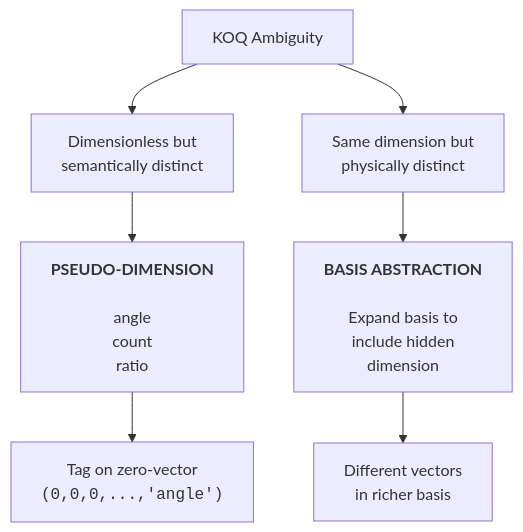
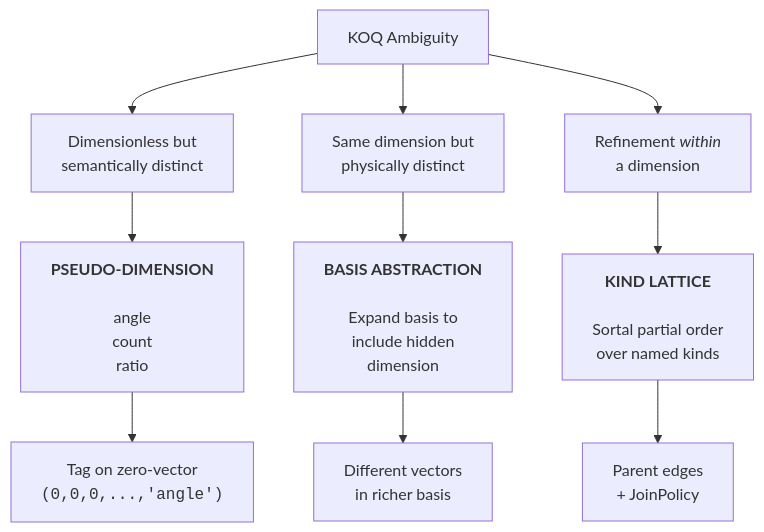
The second of 2 diagrams in docs/architecture/kind-of-quantity.md (withtwoemms/ucon), drawn with Mermaid before and after one commit. The commit also changed other lines of this file and 40 other files, not shown here.

Commit message:
introduces the Kind lattice (#250)

````diff
--- a/docs/architecture/kind-of-quantity.md
+++ b/docs/architecture/kind-of-quantity.md
@@ -317,13 +457,16 @@
 ```mermaid
 flowchart TB
     KOQ["KOQ Ambiguity"]
 
     KOQ --> dimensionless["Dimensionless but<br/>semantically distinct"]
     KOQ --> same_dim["Same dimension but<br/>physically distinct"]
+    KOQ --> refinement["Refinement <i>within</i><br/>a dimension"]
 
     dimensionless --> pseudo["<b>PSEUDO-DIMENSION</b><br/><br/>angle<br/>count<br/>ratio"]
     same_dim --> basis["<b>BASIS ABSTRACTION</b><br/><br/>Expand basis to<br/>include hidden<br/>dimension"]
+    refinement --> kind["<b>KIND LATTICE</b><br/><br/>Sortal partial order<br/>over named kinds"]
 
     pseudo --> tag["Tag on zero-vector<br/><code>(0,0,0,...,'angle')</code>"]
     basis --> vectors["Different vectors<br/>in richer basis"]
+    kind --> parent["Parent edges<br/>+ JoinPolicy"]
 ```
````
